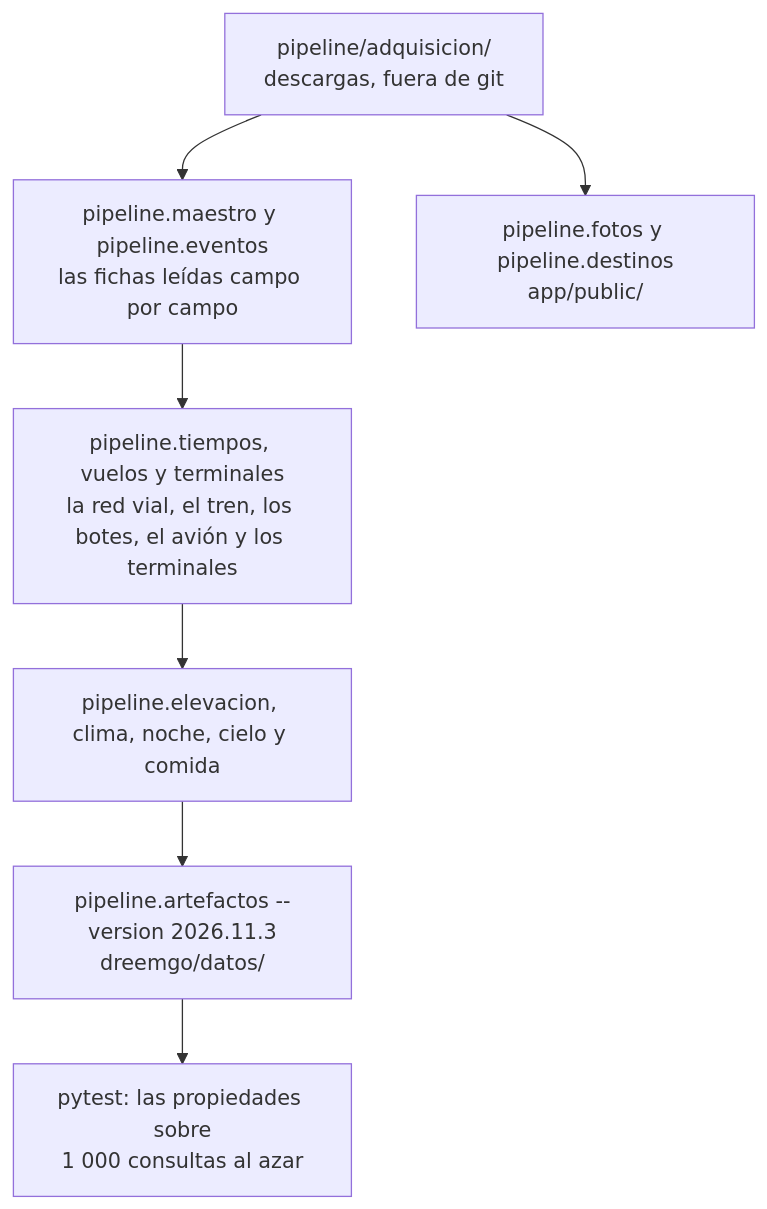
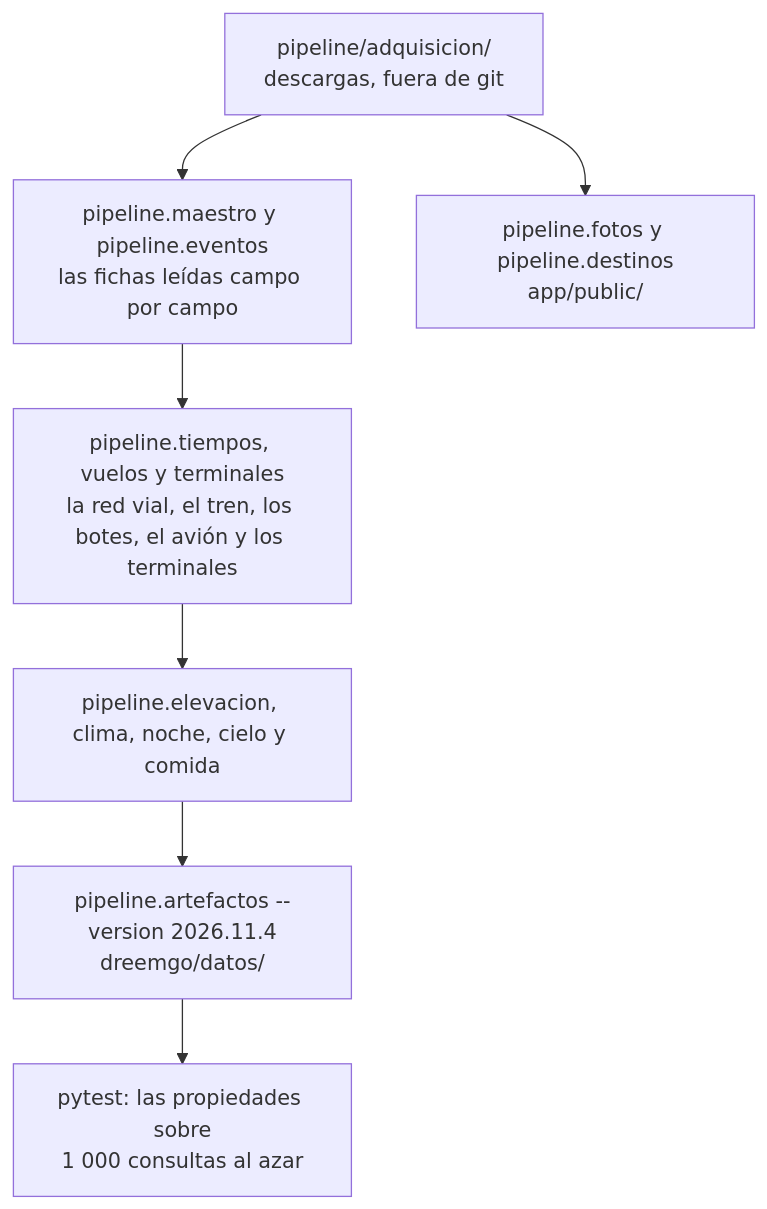
Before and after one commit to oswaldoaqm/Alejandros-Team: the third of 4 diagrams in docs/ARQUITECTURA.md, drawn with Mermaid. The commit also changed other lines of this file and 10 other files, not shown here.

````diff
--- a/docs/ARQUITECTURA.md
+++ b/docs/ARQUITECTURA.md
@@ -98,9 +98,9 @@
 ```mermaid
 flowchart TD
     a["pipeline/adquisicion/<br/>descargas, fuera de git"] --> b["pipeline.maestro y pipeline.eventos<br/>las fichas leídas campo por campo"]
     b --> c["pipeline.tiempos, vuelos y terminales<br/>la red vial, el tren, los botes, el avión y los terminales"]
     c --> d["pipeline.elevacion, clima, noche, cielo y comida"]
-    d --> e["pipeline.artefactos --version 2026.11.3<br/>dreemgo/datos/"]
+    d --> e["pipeline.artefactos --version 2026.11.4<br/>dreemgo/datos/"]
     e --> f["pytest: las propiedades sobre<br/>1 000 consultas al azar"]
     a --> g["pipeline.fotos y pipeline.destinos<br/>app/public/"]
 ```
````
